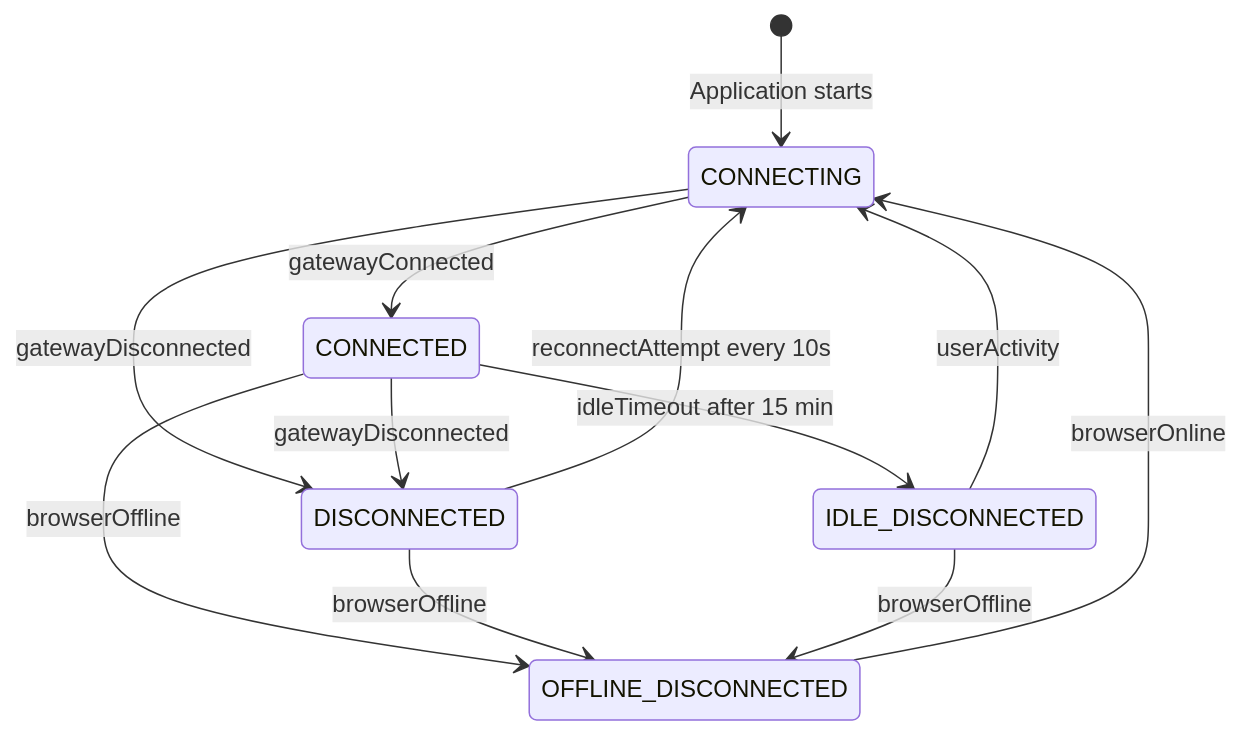
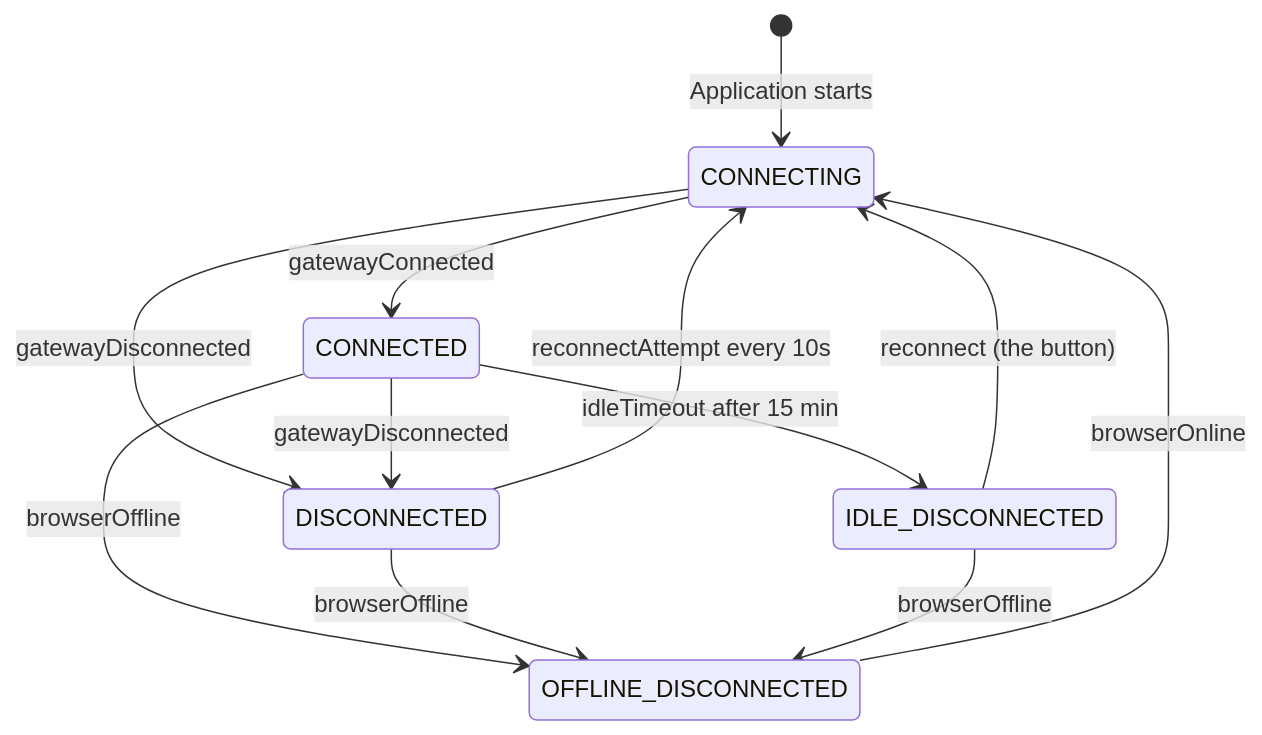
The first of 4 diagrams in docs/architecture/05-state-diagrams.md (bettersoftware-io/ReactiveTraderCloudClone), drawn with Mermaid before and after one commit. The commit also changed other lines of this file and 8 other files, not shown here.

````diff
--- a/docs/architecture/05-state-diagrams.md
+++ b/docs/architecture/05-state-diagrams.md
@@ -9,19 +9,19 @@
 ```mermaid
 stateDiagram-v2
     [*] --> CONNECTING : Application starts
 
     CONNECTING --> CONNECTED : gatewayConnected
     CONNECTING --> DISCONNECTED : gatewayDisconnected
 
     CONNECTED --> IDLE_DISCONNECTED : idleTimeout after 15 min
     CONNECTED --> DISCONNECTED : gatewayDisconnected
     CONNECTED --> OFFLINE_DISCONNECTED : browserOffline
 
     DISCONNECTED --> CONNECTING : reconnectAttempt every 10s
     DISCONNECTED --> OFFLINE_DISCONNECTED : browserOffline
 
-    IDLE_DISCONNECTED --> CONNECTING : userActivity
+    IDLE_DISCONNECTED --> CONNECTING : reconnect (the button)
     IDLE_DISCONNECTED --> OFFLINE_DISCONNECTED : browserOffline
 
     OFFLINE_DISCONNECTED --> CONNECTING : browserOnline
 ```
````
